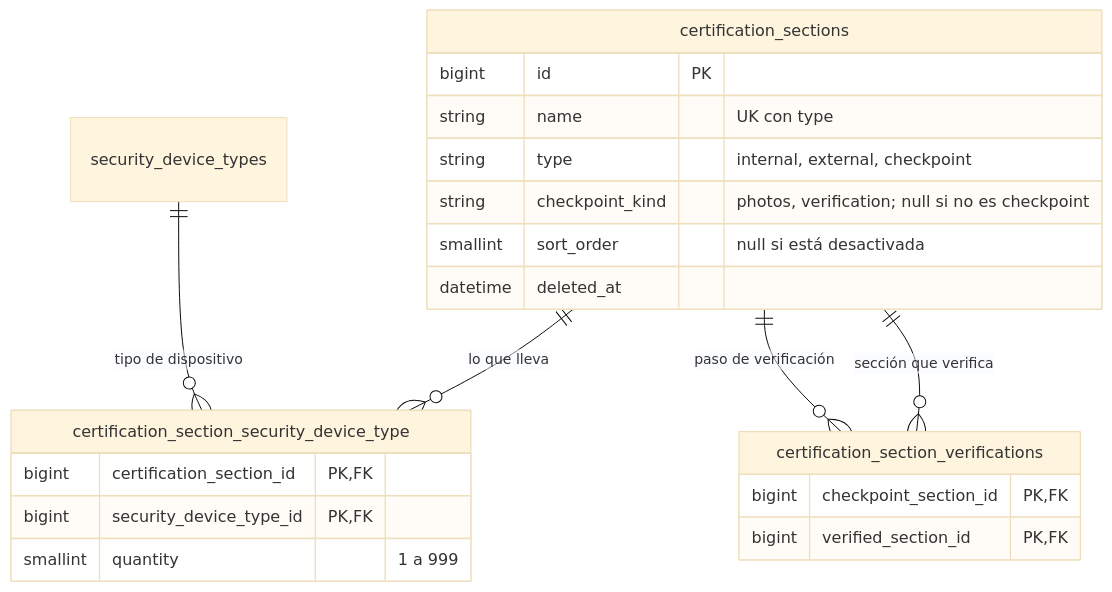
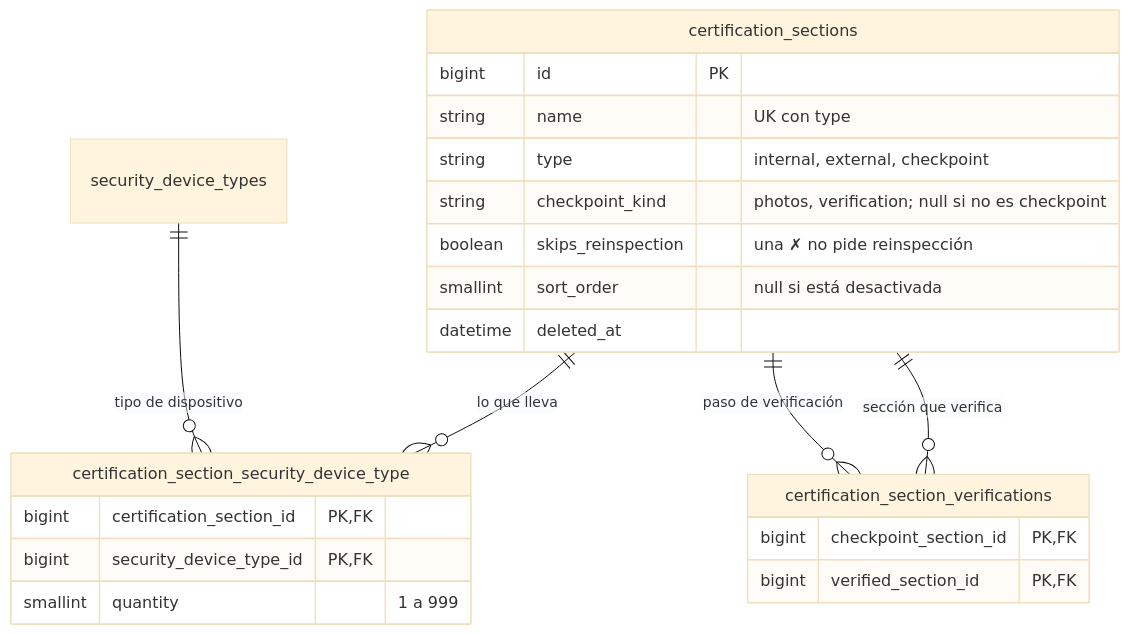
Before and after one commit to Cerati1998/SIGLA-TOS: the fourth of 13 diagrams in docs/database.md, drawn with Mermaid (base theme). The commit also changed other lines of this file and 3 other files, not shown here.

````diff
--- a/docs/database.md
+++ b/docs/database.md
@@ -232,25 +233,26 @@
 ```mermaid
 erDiagram
   certification_sections ||--o{ certification_section_security_device_type : "lo que lleva"
   security_device_types ||--o{ certification_section_security_device_type : "tipo de dispositivo"
   certification_sections ||--o{ certification_section_verifications : "paso de verificación"
   certification_sections ||--o{ certification_section_verifications : "sección que verifica"
 
   certification_sections {
     bigint id PK
     string name "UK con type"
     string type "internal, external, checkpoint"
     string checkpoint_kind "photos, verification; null si no es checkpoint"
+    boolean skips_reinspection "una ✗ no pide reinspección"
     smallint sort_order "null si está desactivada"
     datetime deleted_at
   }
   certification_section_verifications {
     bigint checkpoint_section_id PK, FK
     bigint verified_section_id PK, FK
   }
   certification_section_security_device_type {
     bigint certification_section_id PK, FK
     bigint security_device_type_id PK, FK
     smallint quantity "1 a 999"
   }
 ```
````
